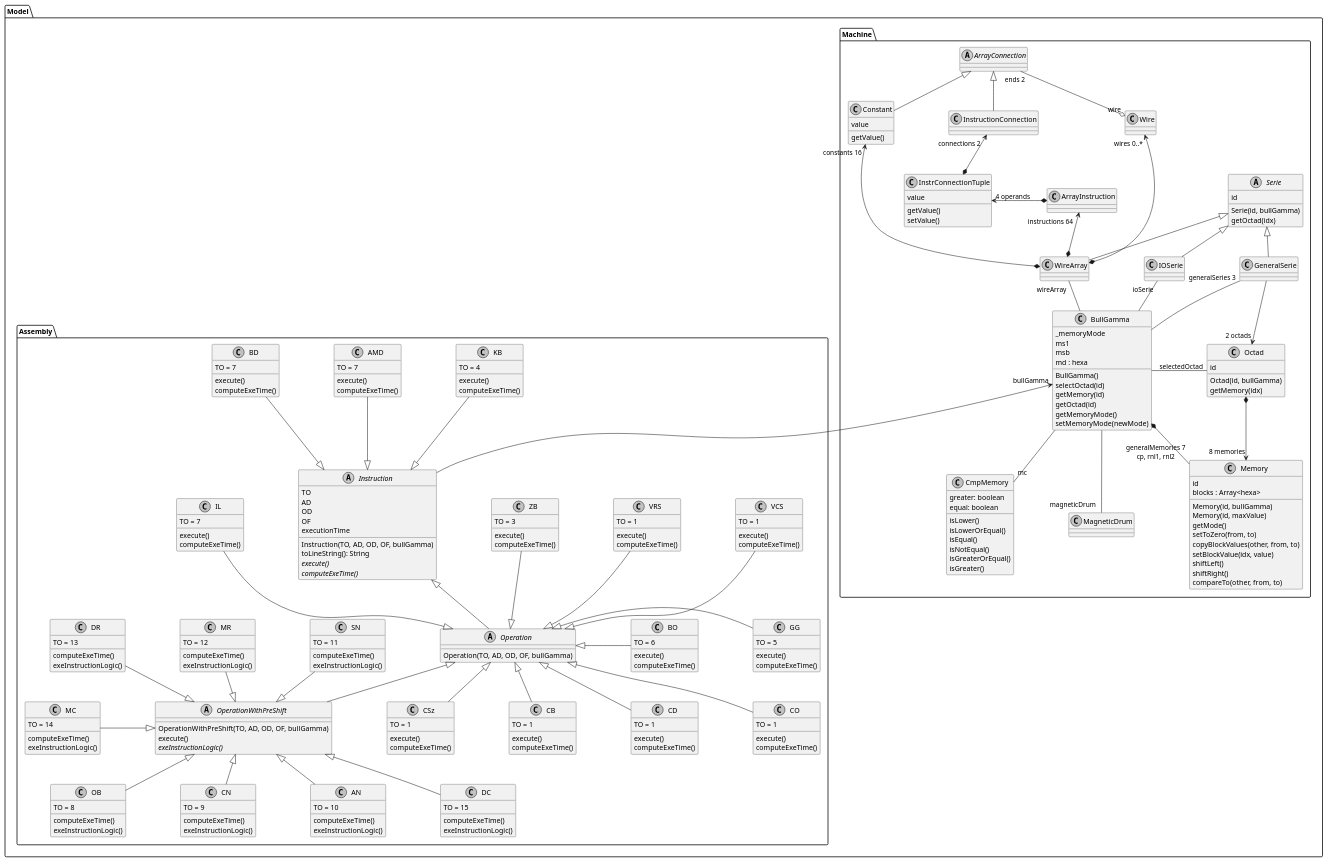
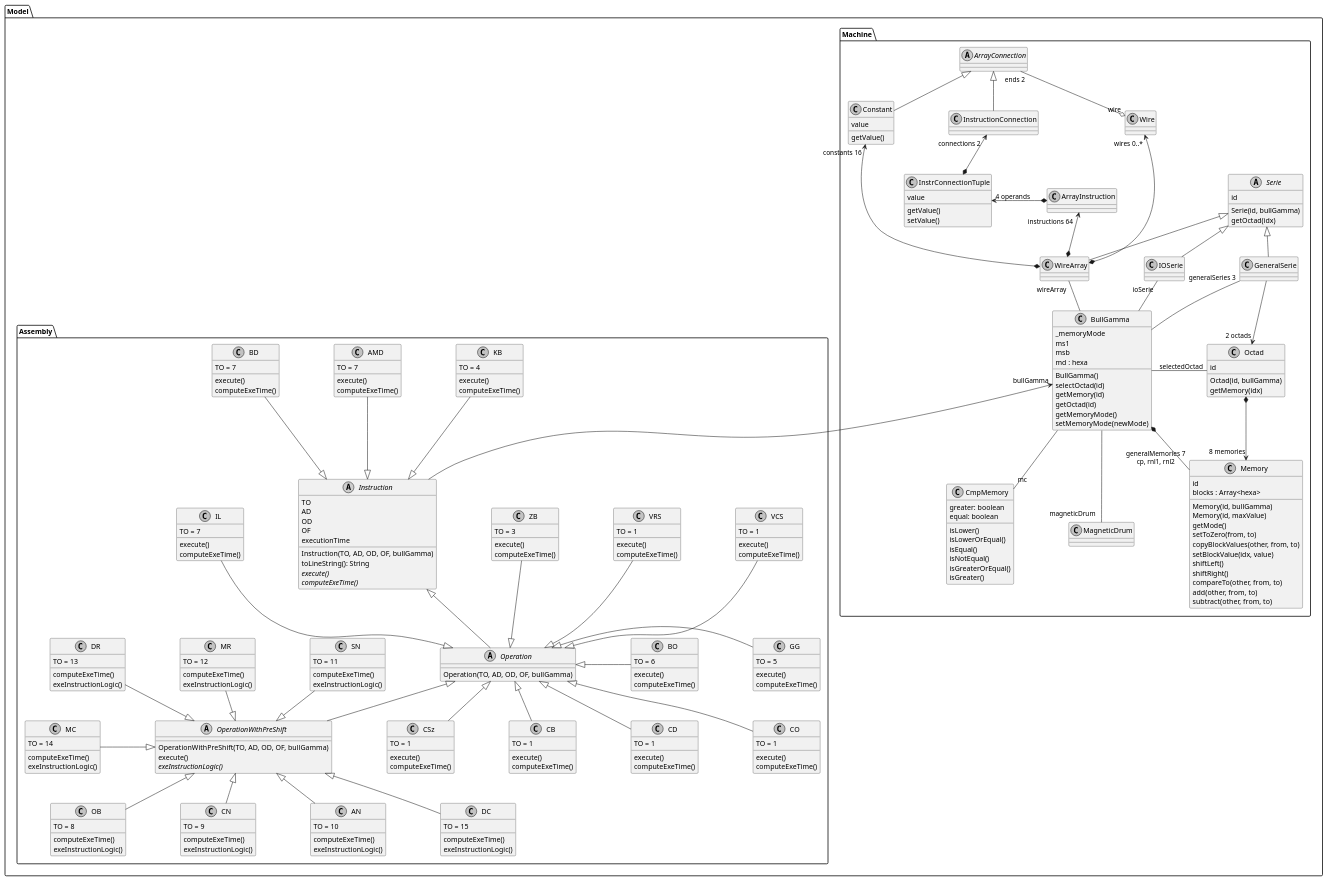
The diagram in docs/classes.puml (lutrampal/bullgammator), drawn with PlantUML before and after one commit. The commit also changed 4 other files, not shown here.

```diff
--- a/docs/classes.puml
+++ b/docs/classes.puml
@@ -42,6 +42,8 @@
       shiftLeft()
       shiftRight()
       compareTo(other, from, to)
+      add(other, from, to)
+      subtract(other, from, to)
     }
 
     class CmpMemory {
```
